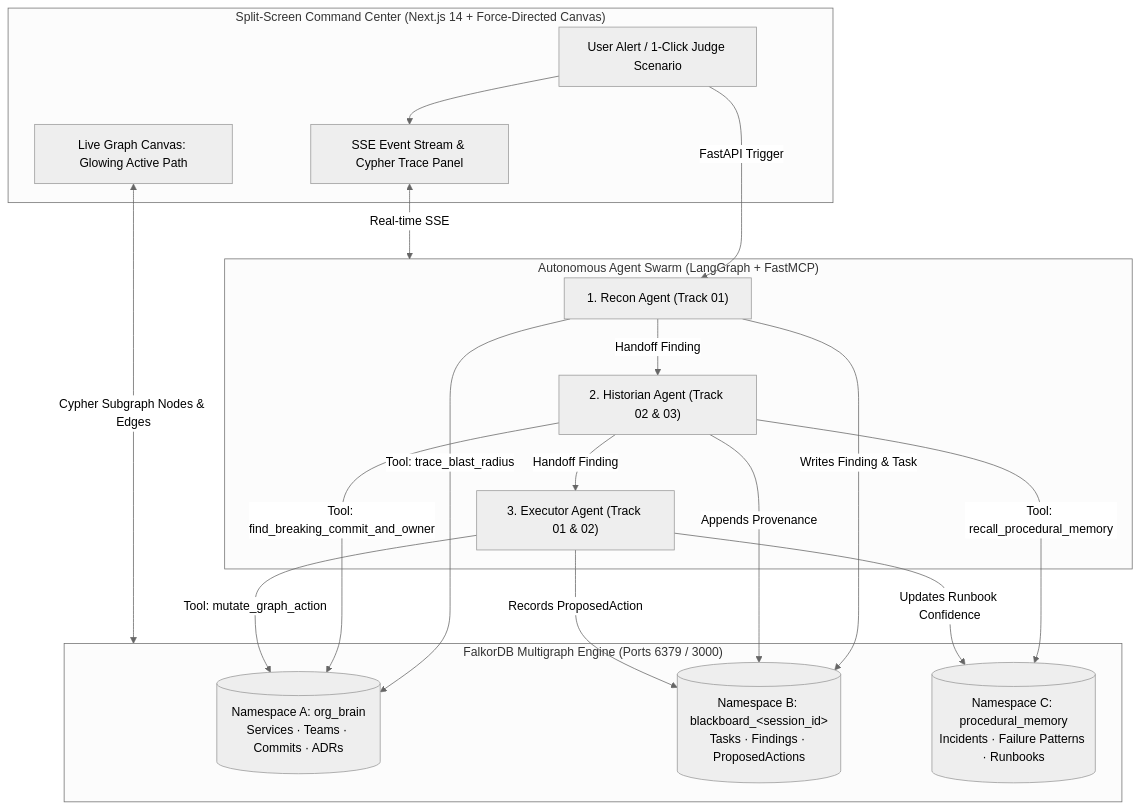
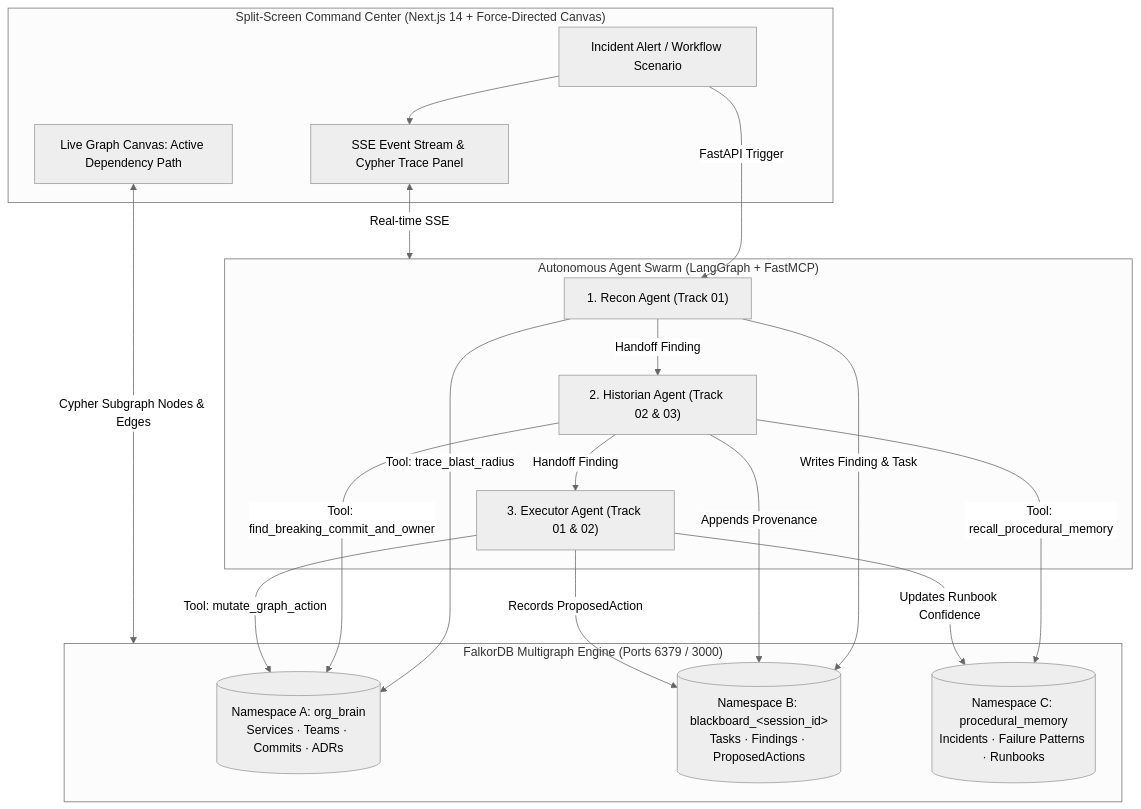
One commit to Awesome06/nexusgraph changed the diagram in README.md. Above: the diagram before and after it, drawn with Mermaid (neutral theme). The commit also changed other lines of this file, not shown here.

````diff
--- a/README.md
+++ b/README.md
@@ -31,30 +40,30 @@
 ```mermaid
 graph TD
     subgraph UI ["Split-Screen Command Center (Next.js 14 + Force-Directed Canvas)"]
-        A[User Alert / 1-Click Judge Scenario] --> B[SSE Event Stream & Cypher Trace Panel]
-        C[Live Graph Canvas: Glowing Active Path]
+        A[Incident Alert / Workflow Scenario] --> B[SSE Event Stream & Cypher Trace Panel]
+        C[Live Graph Canvas: Active Dependency Path]
     end
 
     subgraph Swarm ["Autonomous Agent Swarm (LangGraph + FastMCP)"]
         D["1. Recon Agent (Track 01)"] -->|Handoff Finding| E["2. Historian Agent (Track 02 & 03)"]
         E -->|Handoff Finding| F["3. Executor Agent (Track 01 & 02)"]
     end
 
     subgraph FalkorDB ["FalkorDB Multigraph Engine (Ports 6379 / 3000)"]
         G[("Namespace A: org_brain<br/>Services · Teams · Commits · ADRs")]
         H[("Namespace B: blackboard_&lt;session_id&gt;<br/>Tasks · Findings · ProposedActions")]
         I[("Namespace C: procedural_memory<br/>Incidents · Failure Patterns · Runbooks")]
     end
 
     A -->|FastAPI Trigger| D
     D -->|Tool: trace_blast_radius| G
     D -->|Writes Finding & Task| H
     E -->|Tool: find_breaking_commit_and_owner| G
     E -->|Tool: recall_procedural_memory| I
     E -->|Appends Provenance| H
     F -->|Tool: mutate_graph_action| G
     F -->|Records ProposedAction| H
     F -->|Updates Runbook Confidence| I
     B <-->|Real-time SSE| Swarm
     C <-->|Cypher Subgraph Nodes & Edges| FalkorDB
 ```
````
